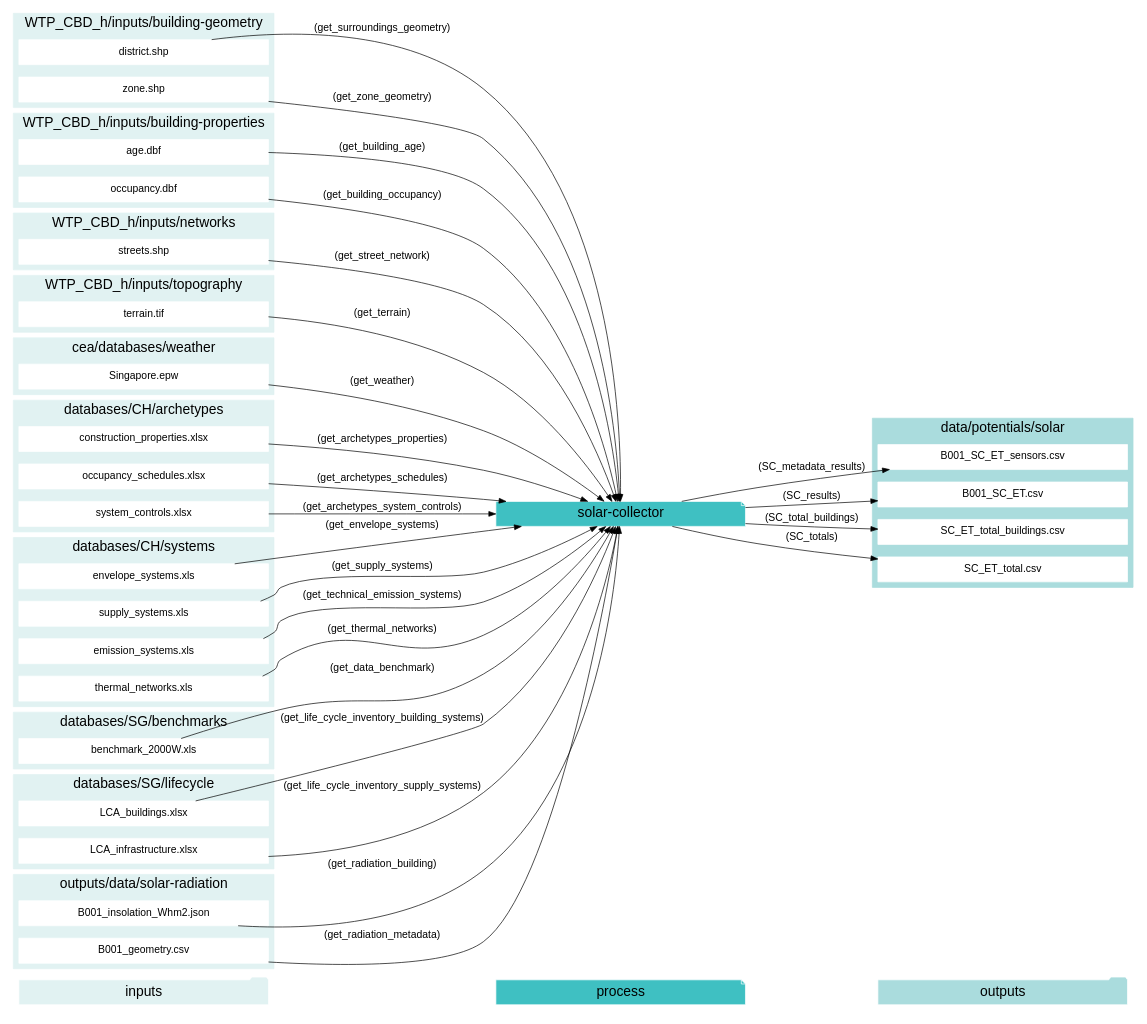
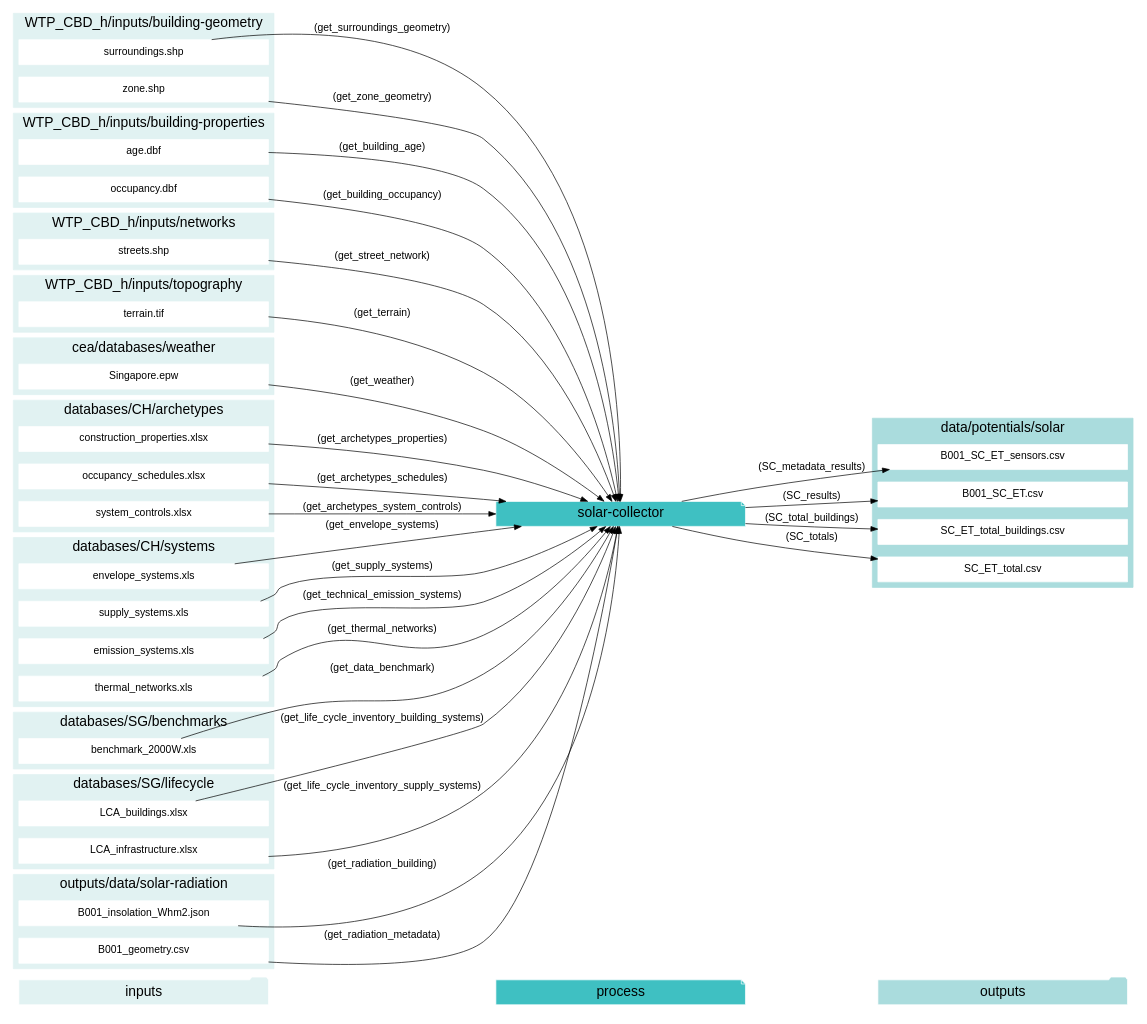
Before and after one commit to architecture-building-systems/CityEnergyAnalyst: the fifth of 12 diagrams in docs/script-data-flow.rst, drawn with Graphviz. The commit also changed other lines of this file and 41 other files, not shown here.

Commit message:
renaming district to surroundings

```diff
--- a/docs/script-data-flow.rst
+++ b/docs/script-data-flow.rst
@@ -589,7 +589,7 @@
         fontsize = 20;
         rank=same;
         label="WTP_CBD_h/inputs/building-geometry";
-        "district.shp"
+        "surroundings.shp"
         "zone.shp"
     }
     subgraph cluster_1_in {
@@ -689,7 +689,7 @@
     "age.dbf" -> "solar-collector"[label="(get_building_age)"]
     "occupancy.dbf" -> "solar-collector"[label="(get_building_occupancy)"]
     "benchmark_2000W.xls" -> "solar-collector"[label="(get_data_benchmark)"]
-    "district.shp" -> "solar-collector"[label="(get_surroundings_geometry)"]
+    "surroundings.shp" -> "solar-collector"[label="(get_surroundings_geometry)"]
     "envelope_systems.xls" -> "solar-collector"[label="(get_envelope_systems)"]
     "LCA_buildings.xlsx" -> "solar-collector"[label="(get_life_cycle_inventory_building_systems)"]
     "LCA_infrastructure.xlsx" -> "solar-collector"[label="(get_life_cycle_inventory_supply_systems)"]
```
